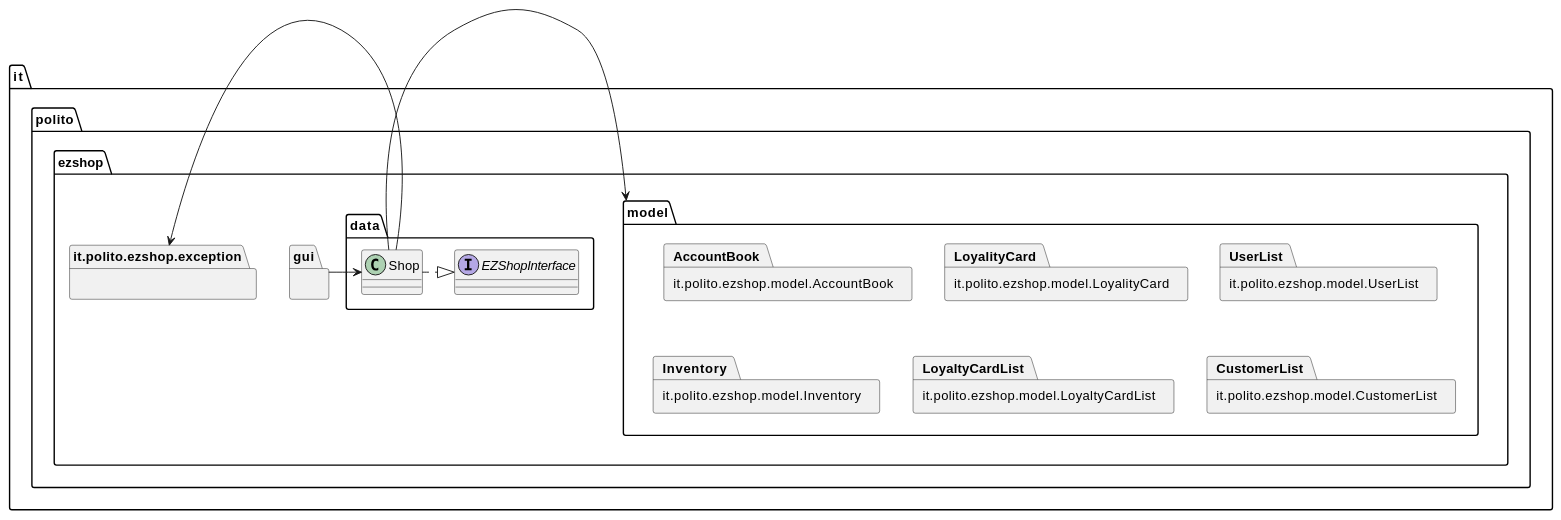
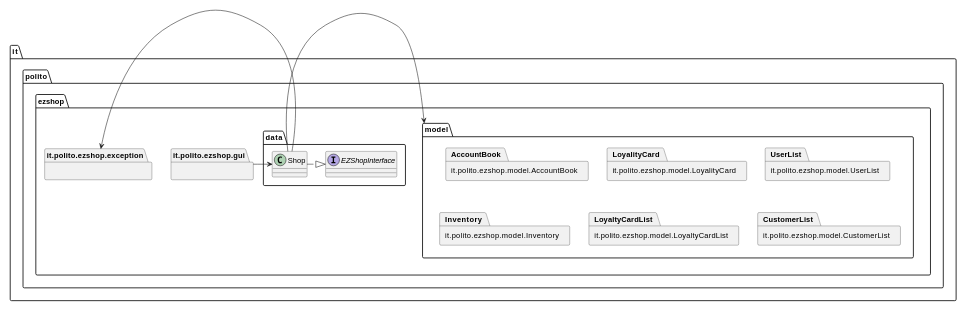
Before and after one commit to mkexc/ezshop: the first of 22 diagrams in Deliverables/DesignDocument.md, drawn with PlantUML. The commit also changed other lines of this file and 2 other files, not shown here.

Commit message:
Deliverables: delted exception and added persisent attribute in lowlevel, fixed gantt in estimation

````diff
--- a/Deliverables/DesignDocument.md
+++ b/Deliverables/DesignDocument.md
@@ -25,31 +25,32 @@
 ```plantuml
 @startuml
+scale 1024 width
 top to bottom direction
 allow_mixing
 
 package it.polito.ezshop {
-    package it.polito.ezshop.gui {
-    }
+    package it.polito.ezshop.gui {}
     
     package it.polito.ezshop.exception {}
     
     package it.polito.ezshop.model {
         package it.polito.ezshop.model.AccountBook
         package it.polito.ezshop.model.LoyalityCard
         package it.polito.ezshop.model.UserList
         package it.polito.ezshop.model.Inventory
         package it.polito.ezshop.model.LoyaltyCardList
         package it.polito.ezshop.model.CustomerList
     }
+
     package it.polito.ezshop.data {
         interface it.polito.ezshop.data.EZShopInterface
         class it.polito.ezshop.data.Shop
     }
 }
 
 it.polito.ezshop.data.Shop .|> it.polito.ezshop.data.EZShopInterface
 it.polito.ezshop.model <- it.polito.ezshop.data.Shop
 it.polito.ezshop.data.Shop <- it.polito.ezshop.gui
 it.polito.ezshop.exception <- it.polito.ezshop.data.Shop
 @enduml
 ```
````
